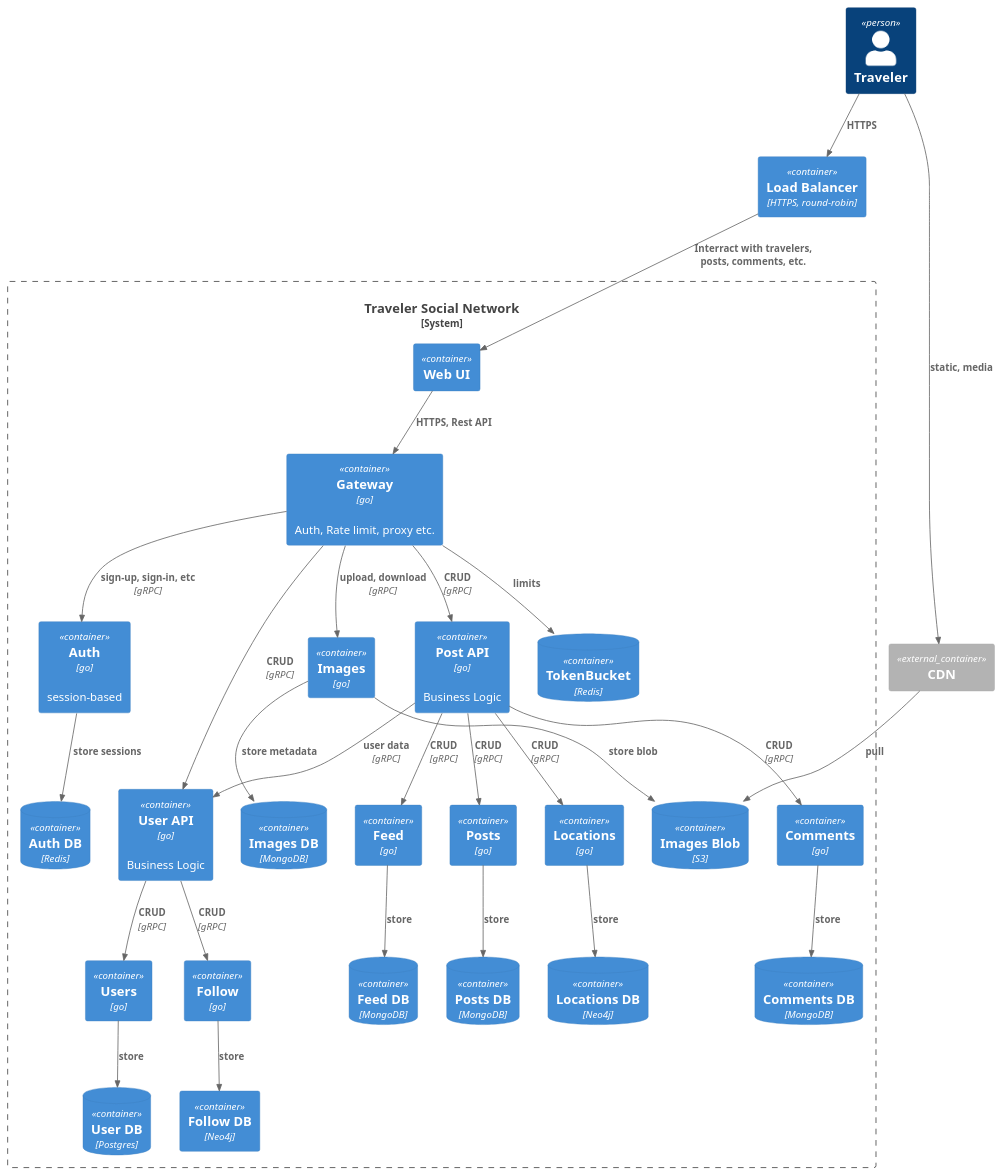
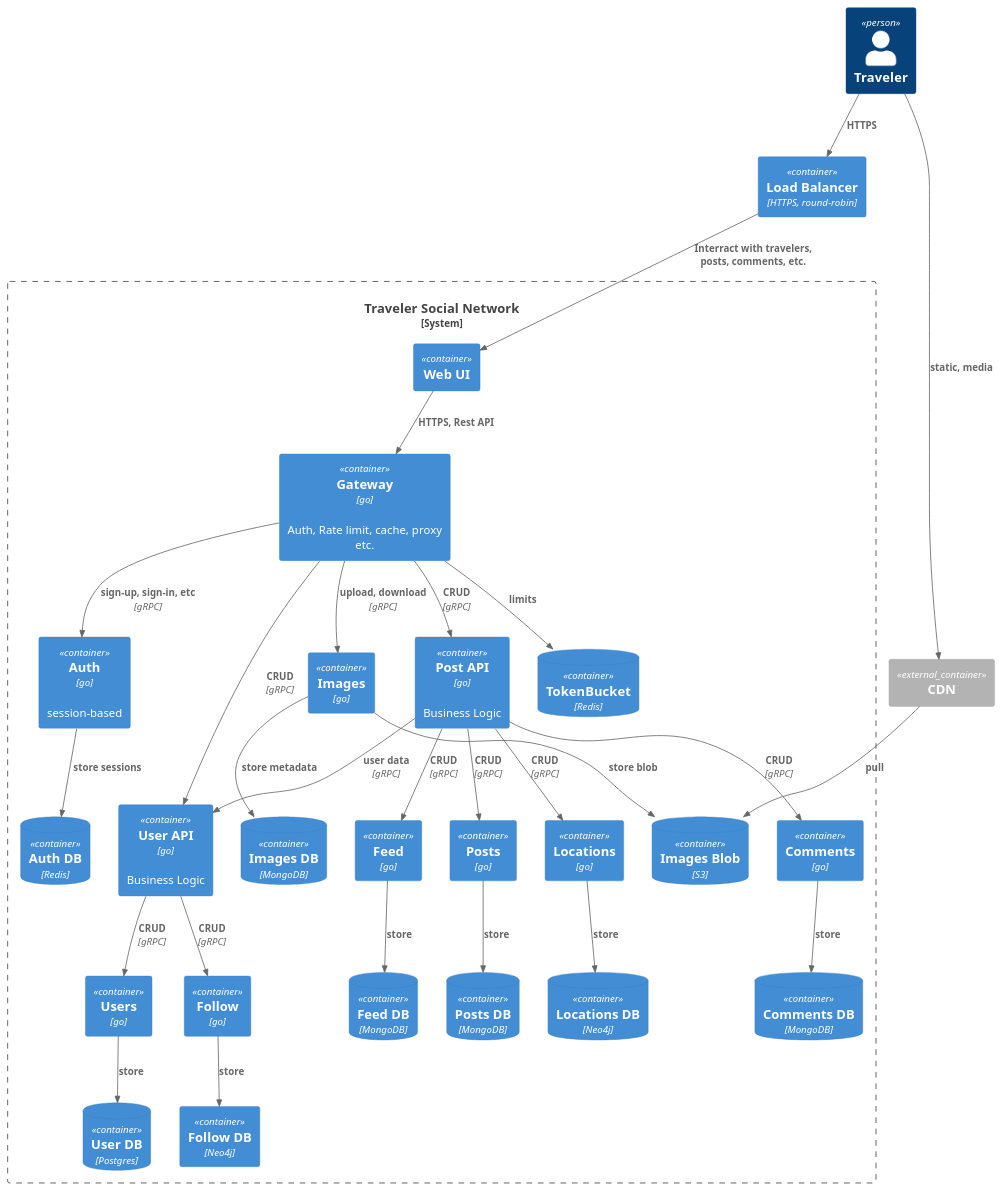
The diagram in container.puml (kirillismad/social_network_system_design), drawn with PlantUML before and after one commit. The commit also changed 1 other file, not shown here.

```diff
--- a/container.puml
+++ b/container.puml
@@ -1,60 +1,60 @@
 @startuml container
 !include https://raw.githubusercontent.com/plantuml-stdlib/C4-PlantUML/master/C4_Container.puml
 
 Person(user, "Traveler")
 Container(lb, "Load Balancer", "HTTPS, round-robin")
 
 System_Boundary(system, "Traveler Social Network") {
     Container(webapp, "Web UI")
-    Container(gateway, "Gateway", "go", "Auth, Rate limit, proxy etc.")
+    Container(gateway, "Gateway", "go", "Auth, Rate limit, cache, proxy etc.")
     ContainerDb(gateway_db, "TokenBucket", "Redis")
     Container(auth, "Auth", "go", "session-based")
     ContainerDb(auth_db, "Auth DB", "Redis")
     ContainerDb(users_db, "User DB", "Postgres")
     Container(images, "Images", "go")
     ContainerDb(images_db, "Images DB", "MongoDB")
     ContainerDb(images_blob, "Images Blob", "S3")
     Container(posts, "Posts", "go")
     ContainerDb(posts_db, "Posts DB", "MongoDB")
     Container(locations, "Locations", "go")
     ContainerDb(locations_db, "Locations DB", "Neo4j")
     Container(posts_api, "Post API", "go", "Business Logic")
     Container(comments, "Comments", "go")
     ContainerDb(comments_db, "Comments DB", "MongoDB")
     Container(follow, "Follow", "go")
     Container(follow_db, "Follow DB", "Neo4j")
     Container(feed, "Feed", "go")
     ContainerDb(feed_db, "Feed DB", "MongoDB")
     Container(user_api, "User API", "go", "Business Logic")
     Container(users, "Users", "go")
 }
 Container_Ext(cdn, "CDN")
 
 Rel(user, lb, "HTTPS")
 Rel(user, cdn, "static, media")
 Rel(lb, webapp, "Interract with travelers, posts, comments, etc.")
 Rel(webapp, gateway, "HTTPS, Rest API")
 Rel(gateway, auth, "sign-up, sign-in, etc", "gRPC")
 Rel(gateway, images, "upload, download", "gRPC")
 Rel(gateway, gateway_db, "limits")
 Rel(gateway, posts_api, "CRUD", "gRPC")
 Rel(gateway, user_api, "CRUD", "gRPC")
 Rel(auth, auth_db, "store sessions")
 Rel(images, images_db, "store metadata")
 Rel(images, images_blob, "store blob")
 Rel(cdn, images_blob, "pull")
 Rel(posts_api, posts, "CRUD", "gRPC")
 Rel(posts_api, locations, "CRUD", "gRPC")
 Rel(posts_api, comments, "CRUD", "gRPC")
 Rel(posts_api, user_api, "user data", "gRPC")
 Rel(posts_api, feed, "CRUD", "gRPC")
 Rel(posts, posts_db, "store")
 Rel(locations, locations_db, "store")
 Rel(comments, comments_db, "store")
 Rel(follow, follow_db, "store")
 Rel(user_api, follow, "CRUD", "gRPC")
 Rel(user_api, users, "CRUD", "gRPC")
 Rel(users, users_db, "store")
 Rel(feed, feed_db, "store")
 
 @enduml
```
